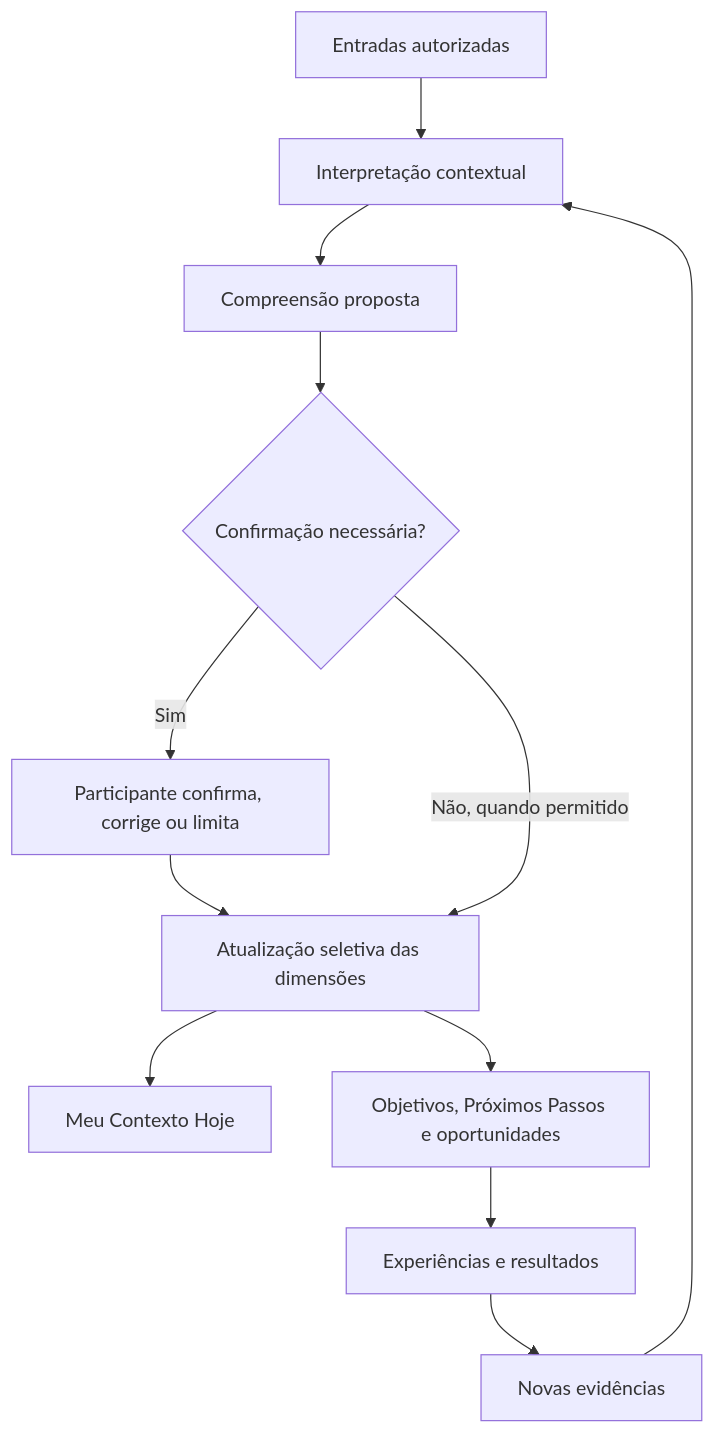
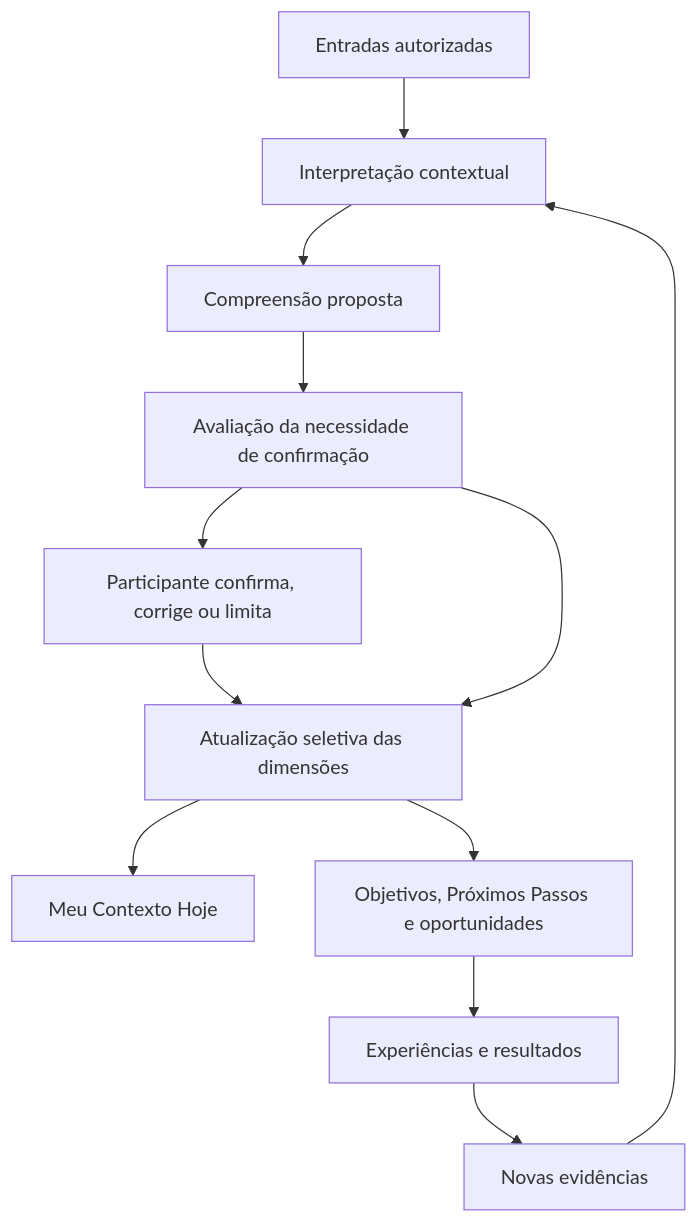
Before and after one commit to guivos-repositorio/Guivos-Knowledge-Repository: the seventh of 9 diagrams in docs/product-architecture/pas-001-guivos-journey.md, drawn with Mermaid. The commit also changed other lines of this file, not shown here.

Commit message:
fix: harden PAS Mermaid diagrams for cross-renderer compatibility

````diff
--- a/docs/product-architecture/pas-001-guivos-journey.md
+++ b/docs/product-architecture/pas-001-guivos-journey.md
@@ -523,20 +563,25 @@
 ```mermaid
 flowchart TD
-    A[Entradas autorizadas]
-    B[Interpretação contextual]
-    C[Compreensão proposta]
-    D{Confirmação necessária?}
-    E[Participante confirma, corrige ou limita]
-    F[Atualização seletiva das dimensões]
-    G[Meu Contexto Hoje]
-    H[Objetivos, Próximos Passos e oportunidades]
-    I[Experiências e resultados]
-    J[Novas evidências]
+    A["Entradas autorizadas"]
+    B["Interpretação contextual"]
+    C["Compreensão proposta"]
+    D["Avaliação da necessidade de confirmação"]
+    E["Participante confirma, corrige ou limita"]
+    F["Atualização seletiva das dimensões"]
+    G["Meu Contexto Hoje"]
+    H["Objetivos, Próximos Passos e oportunidades"]
+    I["Experiências e resultados"]
+    J["Novas evidências"]
 
-    A --> B --> C --> D
-    D -- Sim --> E --> F
-    D -- Não, quando permitido --> F
+    A --> B
+    B --> C
+    C --> D
+    D --> E
+    E --> F
+    D --> F
     F --> G
     F --> H
-    H --> I --> J --> B
+    H --> I
+    I --> J
+    J --> B
 ```
````
